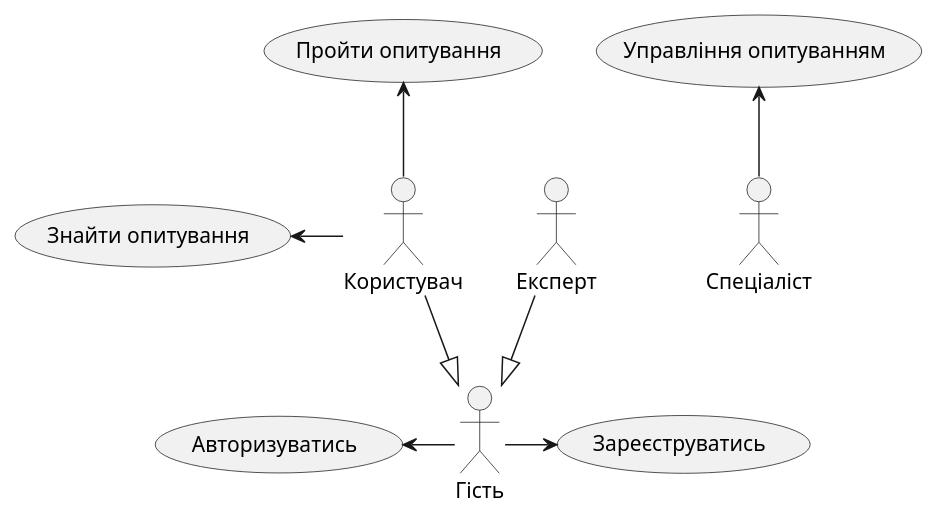
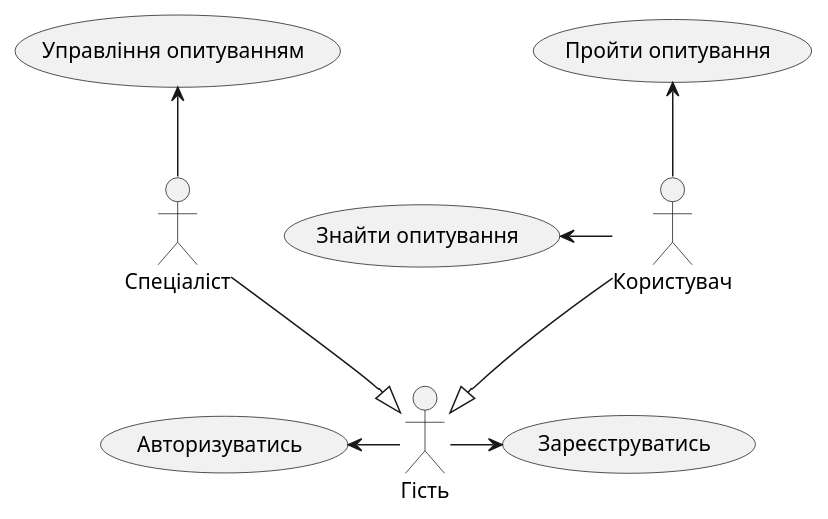
Before and after one commit to vladriabyi/QSystem: the second of 6 diagrams in docs/use cases/README.md, drawn with PlantUML.

```diff
--- a/docs/use cases/README.md
+++ b/docs/use cases/README.md
@@ -151,26 +151,26 @@
 @startuml
     
     actor Гість
     actor Користувач 
     actor Спеціаліст
             
     usecase "Авторизуватись" as A 
     usecase "Зареєструватись" as R
             
     usecase "Управління опитуванням" as M
             
     usecase "Пройти опитування" as E
     usecase "Знайти опитування" as F 
             
     Користувач -d-|> Гість 
-    Експерт -d-|> Гість
+    Спеціаліст -d-|> Гість
             
     Гість -l-> A 
     Гість -r-> R
             
     Спеціаліст -u-> M
             
     Користувач -u-> E
     Користувач -l-> F
     
 @enduml 
```
